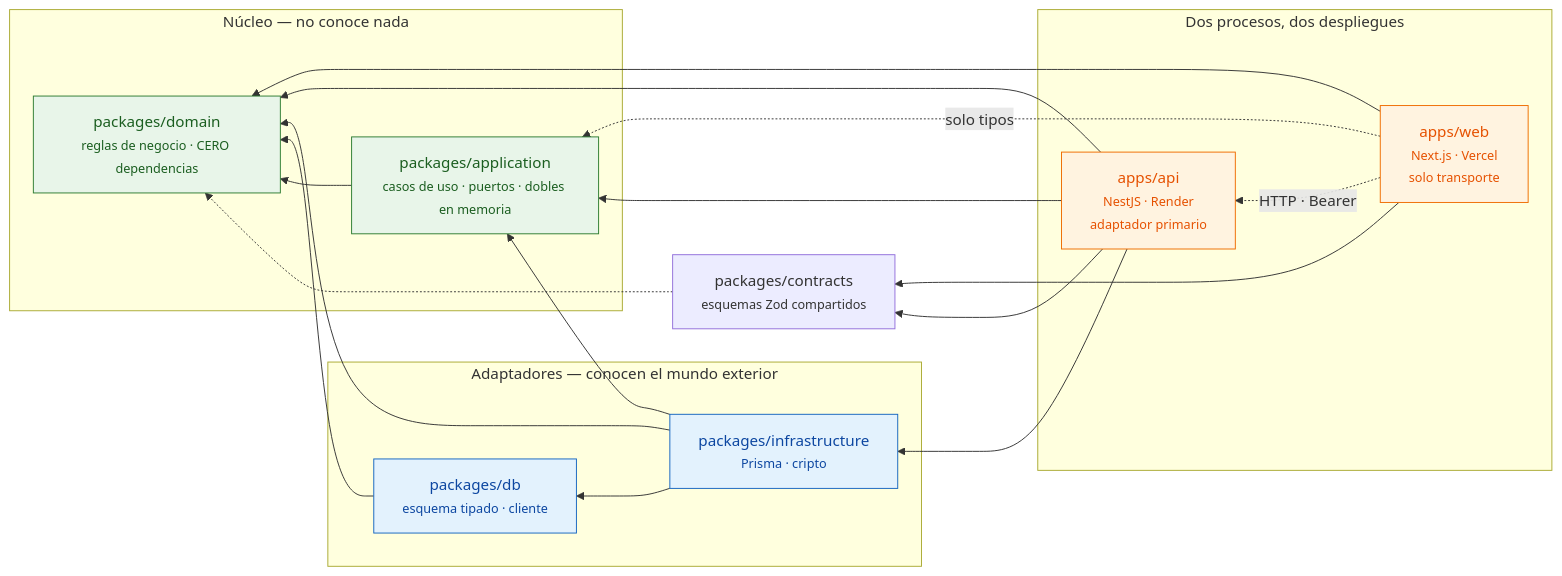
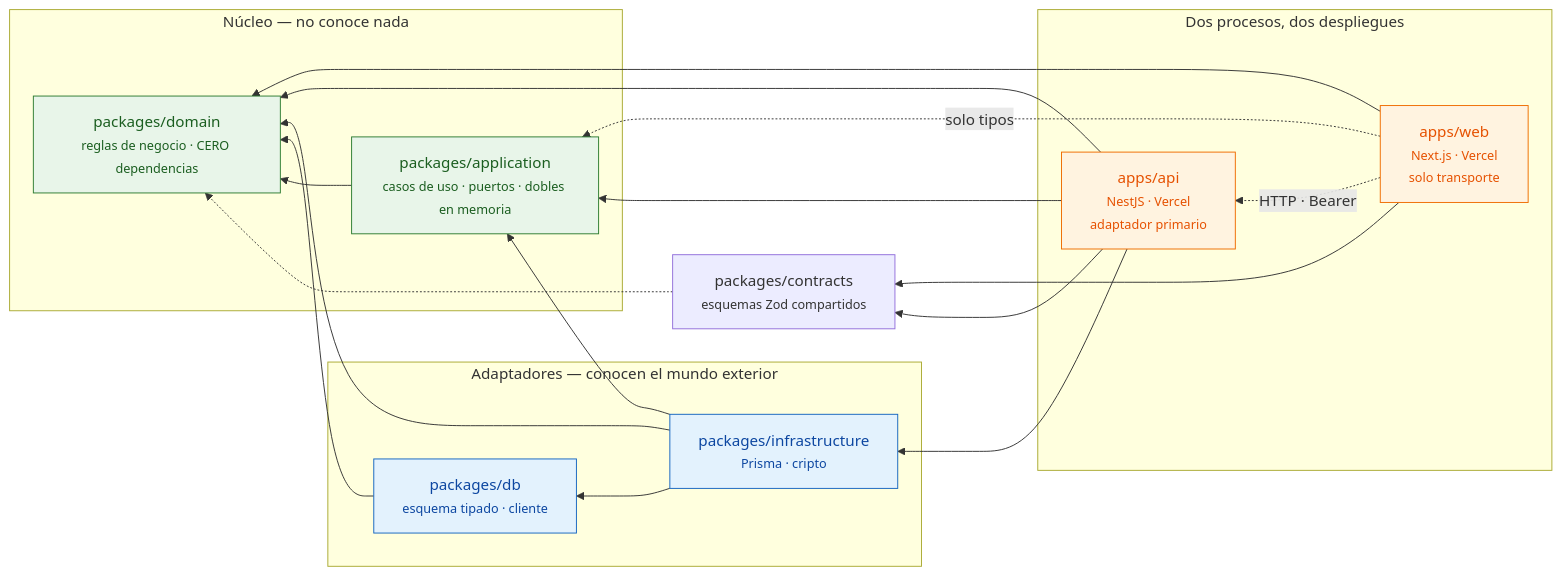
Before and after one commit to Jundev66/CoreBiz: the diagram in docs/diagrams/dependency-graph.md, drawn with Mermaid. The commit also changed 45 other files, not shown here.

First line of the commit message:
feat(deploy): la API se despliega en Vercel y desaparece Render

````diff
--- a/docs/diagrams/dependency-graph.md
+++ b/docs/diagrams/dependency-graph.md
@@ -16,41 +16,41 @@
 ```mermaid
 flowchart RL
   subgraph despliegues["Dos procesos, dos despliegues"]
     web["apps/web<br/><small>Next.js · Vercel<br/>solo transporte</small>"]
-    api["apps/api<br/><small>NestJS · Render<br/>adaptador primario</small>"]
+    api["apps/api<br/><small>NestJS · Vercel<br/>adaptador primario</small>"]
   end
 
   subgraph adaptadores["Adaptadores — conocen el mundo exterior"]
     infra["packages/infrastructure<br/><small>Prisma · cripto</small>"]
     db["packages/db<br/><small>esquema tipado · cliente</small>"]
   end
 
   subgraph nucleo["Núcleo — no conoce nada"]
     app["packages/application<br/><small>casos de uso · puertos · dobles en memoria</small>"]
     dom["packages/domain<br/><small>reglas de negocio · CERO dependencias</small>"]
   end
 
   contracts["packages/contracts<br/><small>esquemas Zod compartidos</small>"]
 
   web -. "HTTP · Bearer" .-> api
   web --> dom
   web --> contracts
   web -. "solo tipos" .-> app
   api --> app
   api --> dom
   api --> infra
   api --> contracts
   infra --> app
   infra --> dom
   infra --> db
   db --> dom
   app --> dom
   contracts -.-> dom
 
   classDef core fill:#e8f5e9,stroke:#2e7d32,color:#1b5e20
   classDef adapter fill:#e3f2fd,stroke:#1565c0,color:#0d47a1
   classDef proc fill:#fff3e0,stroke:#ef6c00,color:#e65100
   class app,dom core
   class infra,db adapter
   class web,api proc
 ```
````
